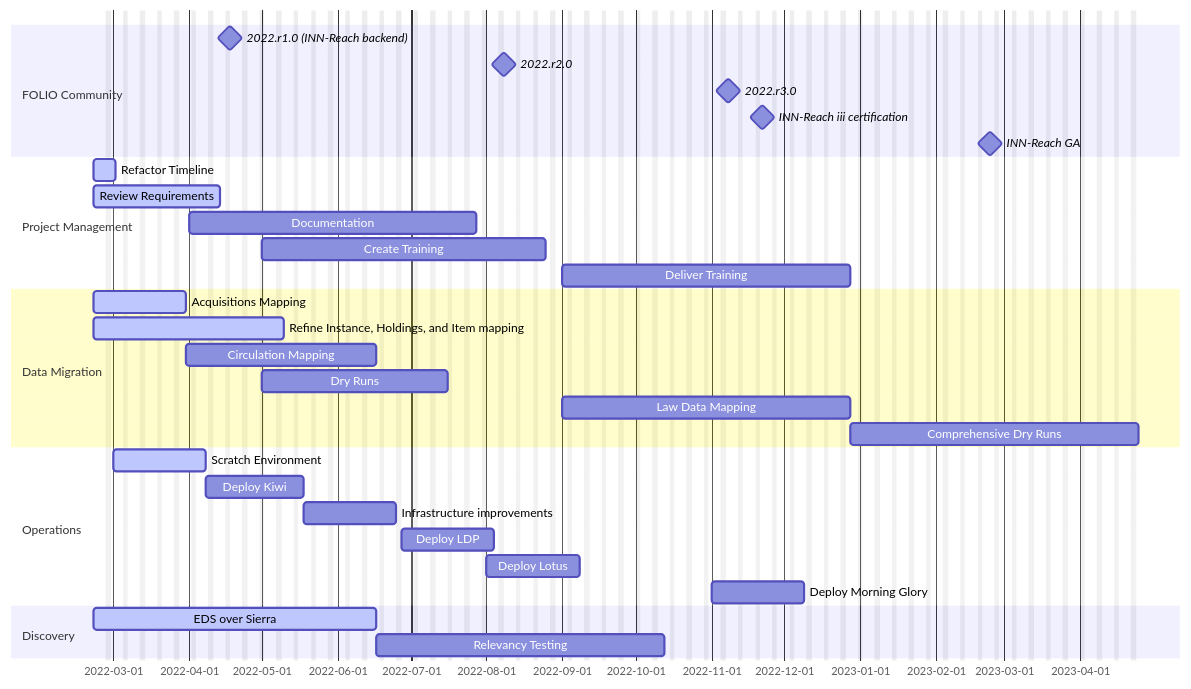
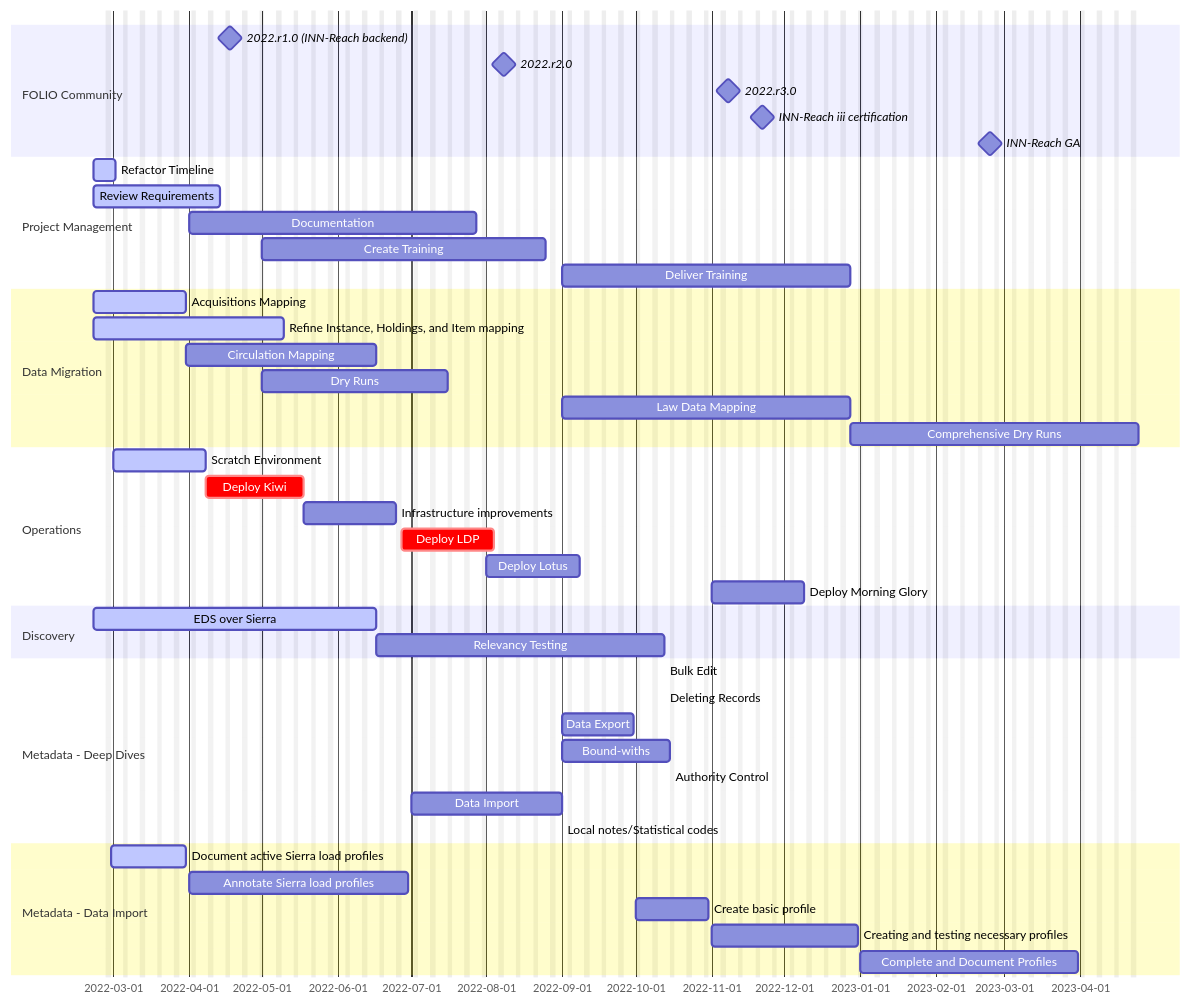
Before and after one commit to culibraries/folio: the diagram in docs/admin/project-management.md, drawn with Mermaid.

Commit message:
Meta data timeline in.

````diff
--- a/docs/admin/project-management.md
+++ b/docs/admin/project-management.md
@@ -11,42 +11,58 @@
 ```{mermaid}
   gantt
       dateFormat  YYYY-MM-DD
       excludes  weekends
       axisFormat %Y-%m-%d
 
       section FOLIO Community
       2022.r1.0 (INN-Reach backend) :milestone, 2022-04-18, 0d
       2022.r2.0 :milestone, 2022-08-08, 0d
       2022.r3.0 :milestone, 2022-11-08, 0d
       INN-Reach iii certification :milestone, 2022-11-22, 0d
       INN-Reach GA :milestone, 2023-02-23, 0d
 
       section Project Management
       Refactor Timeline     :active, 2022-02-21, 1w
       Review Requirements   :active, 2022-02-21, 38d
       Documentation :2022-04-01, 12w
       Create Training :2022-05-01, 12w
       Deliver Training :2022-09-01, 12w
 
       section Data Migration
       Acquisitions Mapping :active, dm1, 2022-02-21, 4w
       Refine Instance, Holdings, and Item mapping :active, 2022-02-21, 8w
       Circulation Mapping:dm3, after dm1, 8w
       Dry Runs :2022-05-01, 8w
       Law Data Mapping      :d4, 2022-09-01  , 12w
       Comprehensive Dry Runs      :d5, after d4, 12w
 
       section Operations
       Scratch Environment :active, o1, 2022-03-01, 4w
-      Deploy Kiwi :o2, after o1,  4w
+      Deploy Kiwi :crit, o2, after o1,  4w
       Infrastructure improvements :o3, after o2, 4w
-      Deploy LDP :o4, after o3, 4w
+      Deploy LDP :crit, o4, after o3, 4w
       Deploy Lotus :o5, 2022-08-01, 4w
       Deploy Morning Glory :o6, 2022-11-01, 4w
 
       section Discovery
       EDS over Sierra   :active, d1, 2022-02-21, 12w
       Relevancy Testing  :12w
 
-      section Meta
+
+      section Metadata - Deep Dives
+      Bulk Edit: 
+      Deleting Records: 
+      Data Export: 2022-09-01,2022-09-30
+      Bound-withs: 2022-09-01,2022-10-15
+      Authority Control: 
+      Data Import: 2022-07-01,2022-09-01
+      Local notes/Statistical codes: 
+
+      section Metadata - Data Import
+      Document active Sierra load profiles :active, 2022-02-28,2022-03-31
+      Annotate Sierra load profiles :2022-04-01,2022-06-30
+      Create basic profile :2022-10-01,2022-10-31
+      Creating and testing necessary profiles :2022-11-01,2022-12-31
+      Complete and Document Profiles :2023-01-01,2023-03-31
+
 ```
````
